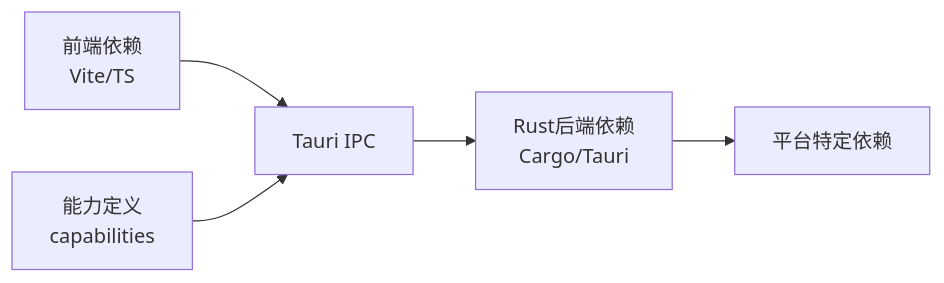
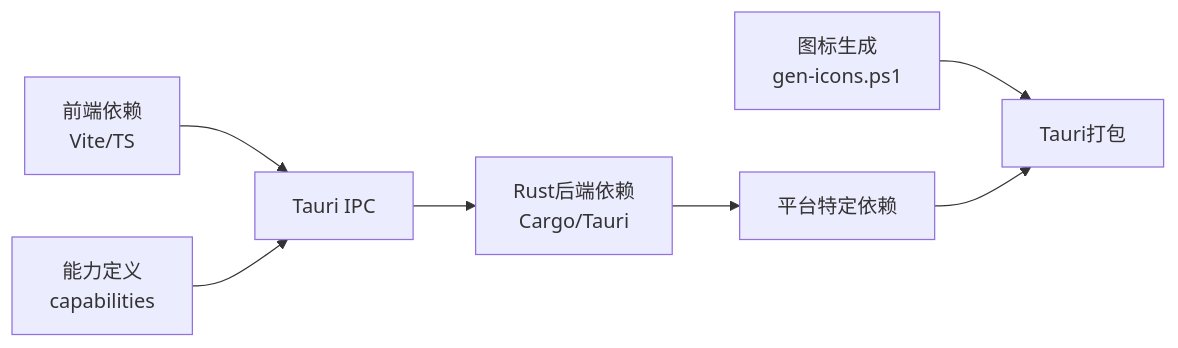
One commit to Wumiu/Petra changed the ninth of 9 diagrams in .qoder/repowiki/zh/content/构建与部署/构建与部署.md. Above: the diagram before and after it, drawn with Mermaid. The commit also changed other lines of this file and 58 other files, not shown here.

Commit message:
chore: 更新应用图标

````diff
--- a/.qoder/repowiki/zh/content/构建与部署/构建与部署.md
+++ b/.qoder/repowiki/zh/content/构建与部署/构建与部署.md
@@ -308,7 +374,9 @@
 ```mermaid
 graph LR
 FE["前端依赖<br/>Vite/TS"] --> TauriIPC["Tauri IPC"]
 TauriIPC --> BE["Rust后端依赖<br/>Cargo/Tauri"]
 BE --> Platform["平台特定依赖"]
 Cap["能力定义<br/>capabilities"] --> TauriIPC
+Icons["图标生成<br/>gen-icons.ps1"] --> TauriPack["Tauri打包"]
+Platform --> TauriPack
 ```
````
